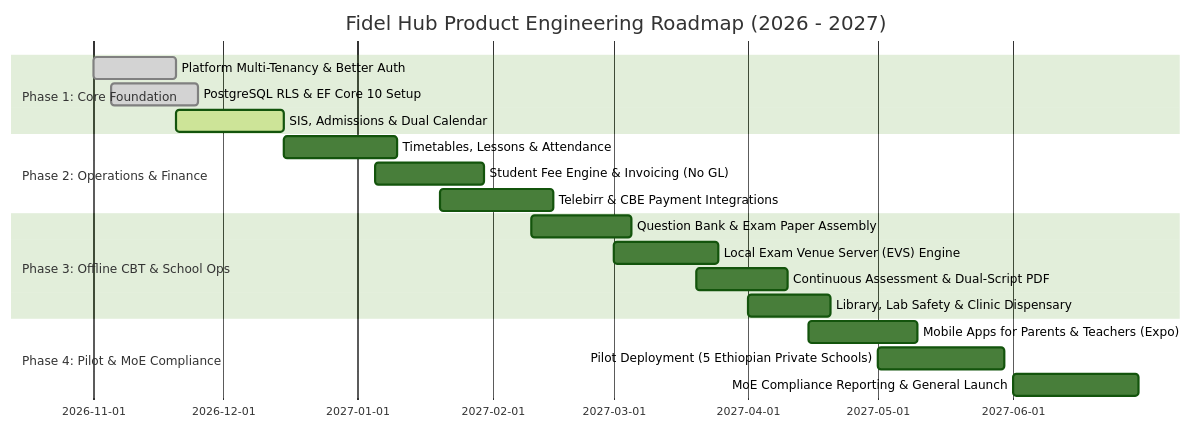
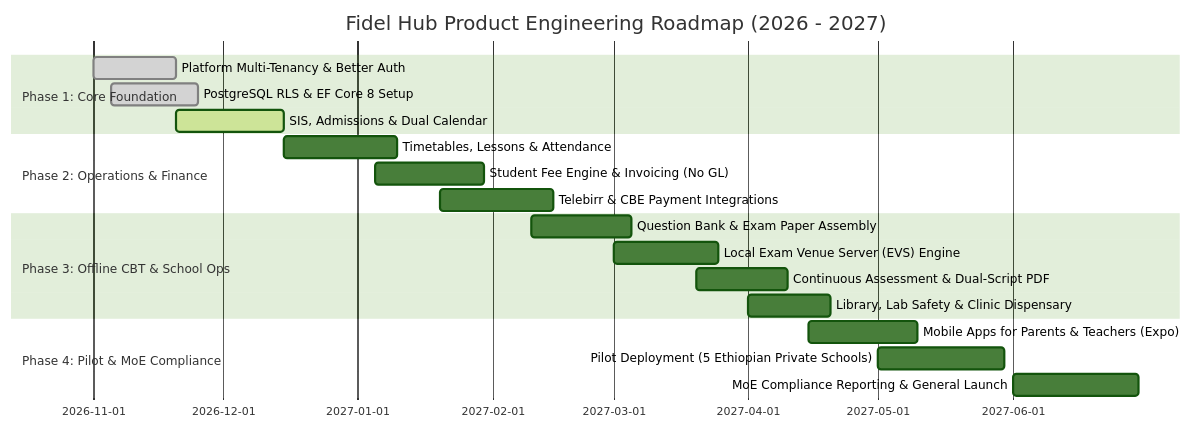
Before and after one commit to Yoba21/Fidel_Hub: the diagram in docs/07-delivery/development-roadmap.md, drawn with Mermaid (forest theme). The commit also changed other lines of this file and 41 other files, not shown here.

````diff
--- a/docs/07-delivery/development-roadmap.md
+++ b/docs/07-delivery/development-roadmap.md
@@ -17,25 +17,25 @@
 ```mermaid
 gantt
     title Fidel Hub Product Engineering Roadmap (2026 - 2027)
     dateFormat  YYYY-MM-DD
     section Phase 1: Core Foundation
     Platform Multi-Tenancy & Better Auth        :done, p1_1, 2026-11-01, 2026-11-20
-    PostgreSQL RLS & EF Core 10 Setup           :done, p1_2, 2026-11-05, 2026-11-25
+    PostgreSQL RLS & EF Core 8 Setup            :done, p1_2, 2026-11-05, 2026-11-25
     SIS, Admissions & Dual Calendar             :active, p1_3, 2026-11-20, 2026-12-15
     
     section Phase 2: Operations & Finance
     Timetables, Lessons & Attendance            :p2_1, 2026-12-15, 2027-01-10
     Student Fee Engine & Invoicing (No GL)      :p2_2, 2027-01-05, 2027-01-30
     Telebirr & CBE Payment Integrations         :p2_3, 2027-01-20, 2027-02-15
     
     section Phase 3: Offline CBT & School Ops
     Question Bank & Exam Paper Assembly         :p3_1, 2027-02-10, 2027-03-05
     Local Exam Venue Server (EVS) Engine        :p3_2, 2027-03-01, 2027-03-25
     Continuous Assessment & Dual-Script PDF     :p3_3, 2027-03-20, 2027-04-10
     Library, Lab Safety & Clinic Dispensary     :p3_4, 2027-04-01, 2027-04-20
     
     section Phase 4: Pilot & MoE Compliance
     Mobile Apps for Parents & Teachers (Expo)   :p4_1, 2027-04-15, 2027-05-10
     Pilot Deployment (5 Ethiopian Private Schools):p4_2, 2027-05-01, 2027-05-30
     MoE Compliance Reporting & General Launch   :p4_3, 2027-06-01, 2027-06-30
 ```
````
